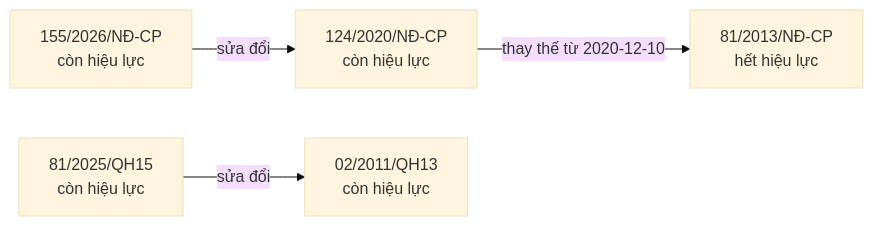
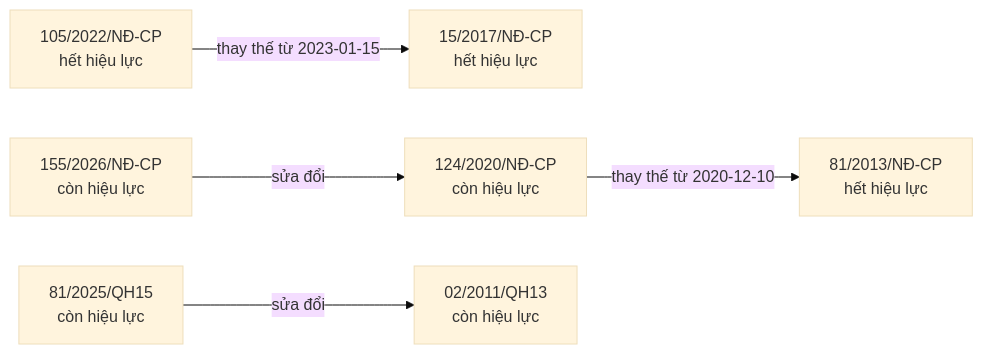
Before and after one commit to ozvietnam/oz-wiki-plhq: the first of 9 diagrams in bao-cao/quan-he.md, drawn with Mermaid (base theme). The commit also changed other lines of this file and 5 other files, not shown here.

````diff
--- a/bao-cao/quan-he.md
+++ b/bao-cao/quan-he.md
@@ -7,11 +7,14 @@
 ```mermaid
 flowchart LR
+  n_105_2022_N__CP["105/2022/NĐ-CP<br/>hết hiệu lực"]
+  n_15_2017_N__CP["15/2017/NĐ-CP<br/>hết hiệu lực"]
   n_124_2020_N__CP["124/2020/NĐ-CP<br/>còn hiệu lực"]
   n_81_2013_N__CP["81/2013/NĐ-CP<br/>hết hiệu lực"]
   n_155_2026_N__CP["155/2026/NĐ-CP<br/>còn hiệu lực"]
   n_81_2025_QH15["81/2025/QH15<br/>còn hiệu lực"]
   n_02_2011_QH13["02/2011/QH13<br/>còn hiệu lực"]
+  n_105_2022_N__CP -->|thay thế từ 2023-01-15| n_15_2017_N__CP
   n_124_2020_N__CP -->|thay thế từ 2020-12-10| n_81_2013_N__CP
   n_155_2026_N__CP -->|sửa đổi| n_124_2020_N__CP
   n_81_2025_QH15 -->|sửa đổi| n_02_2011_QH13
 ```
````
